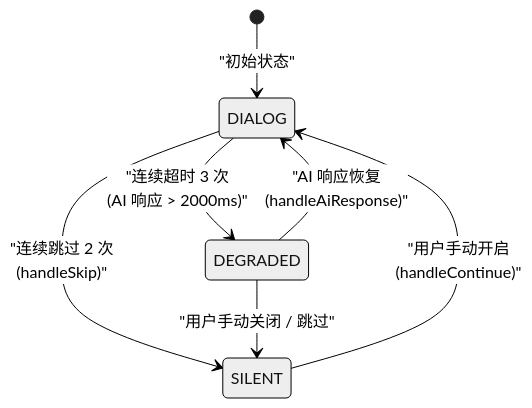
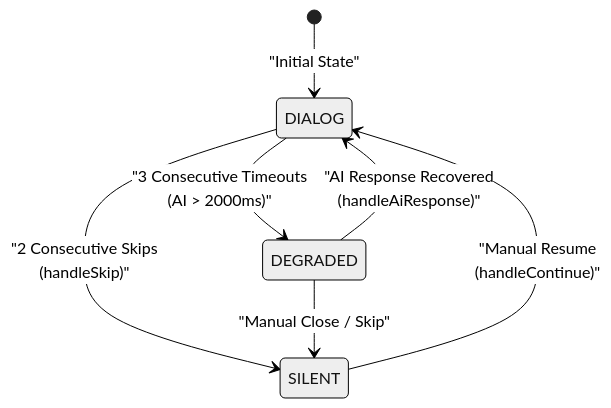
The second of 3 diagrams in README.md (MeiSiristhebest/TimeLog), drawn with Mermaid (neutral theme) before and after one commit. The commit also changed other lines of this file, not shown here.

````diff
--- a/README.md
+++ b/README.md
@@ -162,9 +167,9 @@
 ```mermaid
 stateDiagram-v2
-    [*] --> DIALOG : "初始状态"
-    DIALOG --> SILENT : "连续跳过 2 次<br/>(handleSkip)"
-    DIALOG --> DEGRADED : "连续超时 3 次<br/>(AI 响应 > 2000ms)"
-    DEGRADED --> DIALOG : "AI 响应恢复<br/>(handleAiResponse)"
-    DEGRADED --> SILENT : "用户手动关闭 / 跳过"
-    SILENT --> DIALOG : "用户手动开启<br/>(handleContinue)"
+    [*] --> DIALOG : "Initial State"
+    DIALOG --> SILENT : "2 Consecutive Skips<br/>(handleSkip)"
+    DIALOG --> DEGRADED : "3 Consecutive Timeouts<br/>(AI > 2000ms)"
+    DEGRADED --> DIALOG : "AI Response Recovered<br/>(handleAiResponse)"
+    DEGRADED --> SILENT : "Manual Close / Skip"
+    SILENT --> DIALOG : "Manual Resume<br/>(handleContinue)"
 ```
````
